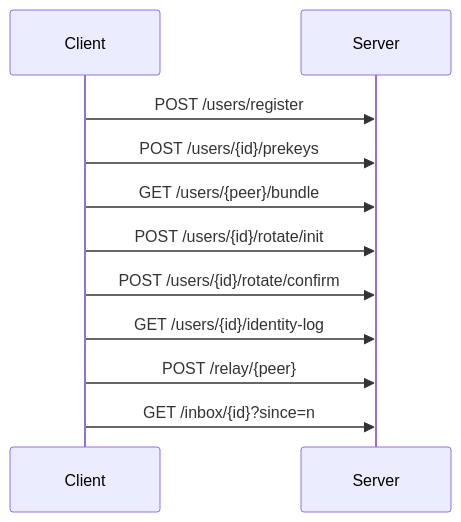
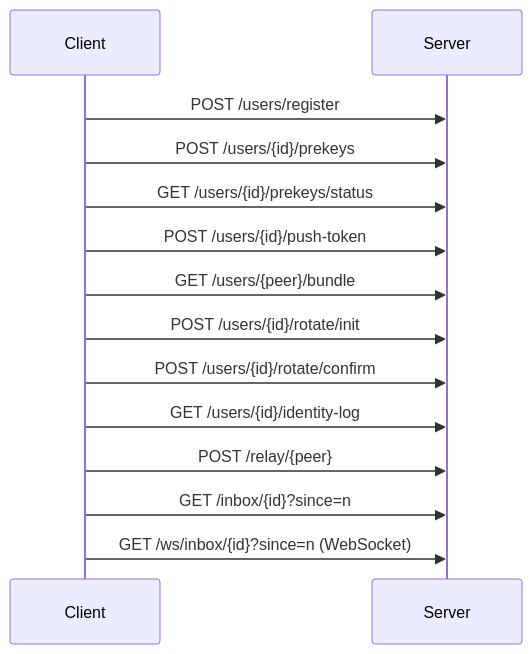
The first of 2 diagrams in docs/API.md (ErenAri/post-quantum-messaging-app), drawn with Mermaid before and after one commit. The commit also changed other lines of this file and 36 other files, not shown here.

````diff
--- a/docs/API.md
+++ b/docs/API.md
@@ -14,13 +14,16 @@
 ```mermaid
 sequenceDiagram
     participant C as Client
     participant S as Server
     C->>S: POST /users/register
     C->>S: POST /users/{id}/prekeys
+    C->>S: GET /users/{id}/prekeys/status
+    C->>S: POST /users/{id}/push-token
     C->>S: GET /users/{peer}/bundle
     C->>S: POST /users/{id}/rotate/init
     C->>S: POST /users/{id}/rotate/confirm
     C->>S: GET /users/{id}/identity-log
     C->>S: POST /relay/{peer}
     C->>S: GET /inbox/{id}?since=n
+    C->>S: GET /ws/inbox/{id}?since=n (WebSocket)
 ```
````
